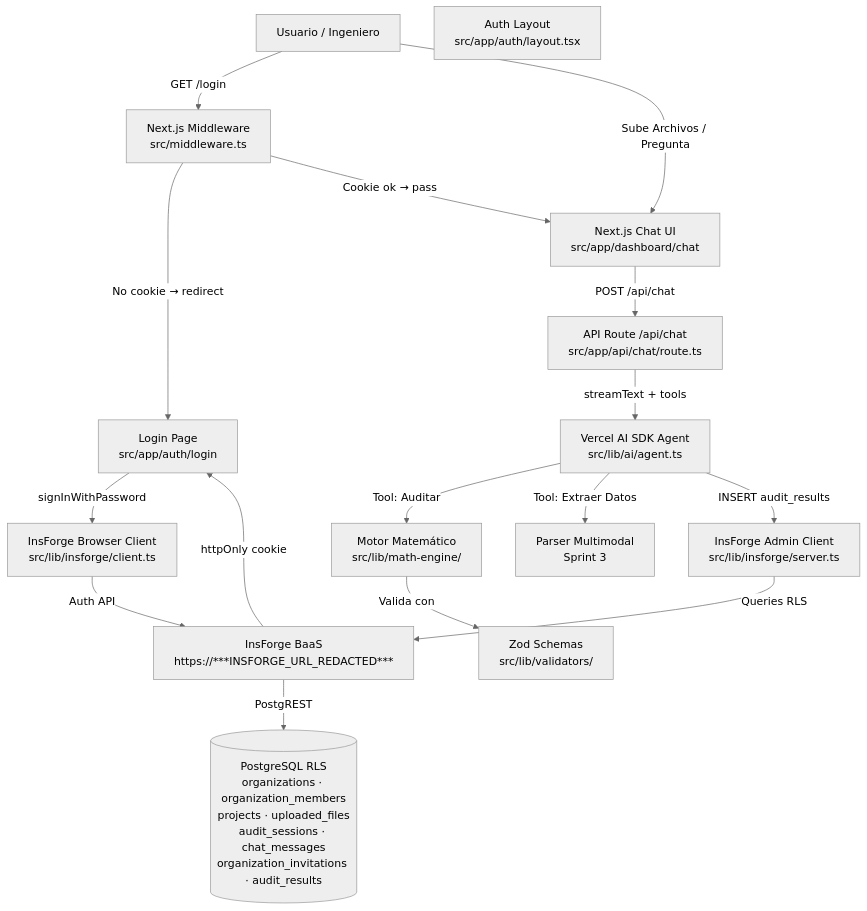
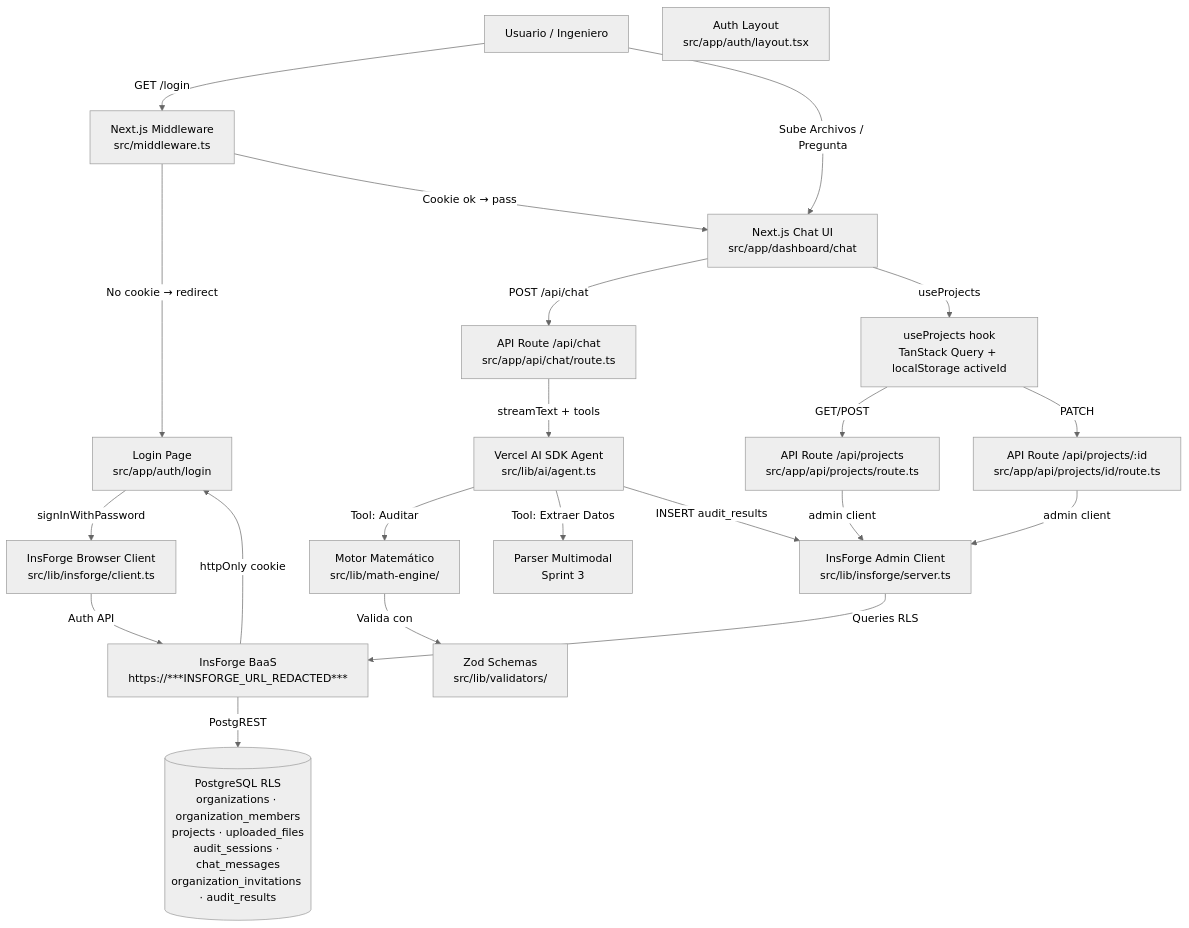
One commit to nachapoticon-dot/EdificiA-Core changed the diagram in docs/04_architecture_map.md. Above: the diagram before and after it, drawn with Mermaid (neutral theme). The commit also changed other lines of this file and 16 other files, not shown here.

First line of the commit message:
feat(projects): migrate to DB persistence via REST API

````diff
--- a/docs/04_architecture_map.md
+++ b/docs/04_architecture_map.md
@@ -6,53 +6,65 @@
 ```mermaid
 graph TD
     %% Entidades externas
     User[Usuario / Ingeniero]
 
     %% Auth Flow
     LoginPage[Login Page\nsrc/app/auth/login]
     Middleware[Next.js Middleware\nsrc/middleware.ts]
     AuthLayout[Auth Layout\nsrc/app/auth/layout.tsx]
 
     %% Dashboard
     ChatUI[Next.js Chat UI\nsrc/app/dashboard/chat]
     ChatAPI[API Route /api/chat\nsrc/app/api/chat/route.ts]
 
     %% AI
     AI_Agent[Vercel AI SDK Agent\nsrc/lib/ai/agent.ts]
 
     %% InsForge
     BrowserClient[InsForge Browser Client\nsrc/lib/insforge/client.ts]
     AdminClient[InsForge Admin Client\nsrc/lib/insforge/server.ts]
     InsForgeBackend[InsForge BaaS\nhttps://***INSFORGE_URL_REDACTED***]
 
     %% DB
     DB[(PostgreSQL RLS\norganizations · organization_members\nprojects · uploaded_files\naudit_sessions · chat_messages\norganization_invitations · audit_results)]
 
     %% Tools Sprint 2+
     Parser[Parser Multimodal\nSprint 3]
     MathEngine[Motor Matemático\nsrc/lib/math-engine/]
 
     %% Validators
     Validators[Zod Schemas\nsrc/lib/validators/]
 
+    %% Projects API
+    ProjectsAPI[API Route /api/projects\nsrc/app/api/projects/route.ts]
+    ProjectPatchAPI[API Route /api/projects/:id\nsrc/app/api/projects/id/route.ts]
+    useProjects[useProjects hook\nTanStack Query + localStorage activeId]
+
     %% Conexiones Auth
     User -- "GET /login" --> Middleware
     Middleware -- "No cookie → redirect" --> LoginPage
     Middleware -- "Cookie ok → pass" --> ChatUI
     LoginPage -- "signInWithPassword" --> BrowserClient
     BrowserClient -- "Auth API" --> InsForgeBackend
     InsForgeBackend -- "httpOnly cookie" --> LoginPage
 
     %% Conexiones Chat
     User -- "Sube Archivos / Pregunta" --> ChatUI
     ChatUI -- "POST /api/chat" --> ChatAPI
     ChatAPI -- "streamText + tools" --> AI_Agent
     AI_Agent -- "Tool: Auditar" --> MathEngine
     AI_Agent -- "Tool: Extraer Datos" --> Parser
     AI_Agent -- "INSERT audit_results" --> AdminClient
     MathEngine -- "Valida con" --> Validators
 
+    %% Projects
+    ChatUI -- "useProjects" --> useProjects
+    useProjects -- "GET/POST" --> ProjectsAPI
+    useProjects -- "PATCH" --> ProjectPatchAPI
+    ProjectsAPI -- "admin client" --> AdminClient
+    ProjectPatchAPI -- "admin client" --> AdminClient
+
     %% DB
     AdminClient -- "Queries RLS" --> InsForgeBackend
     InsForgeBackend -- "PostgREST" --> DB
 ```
````
